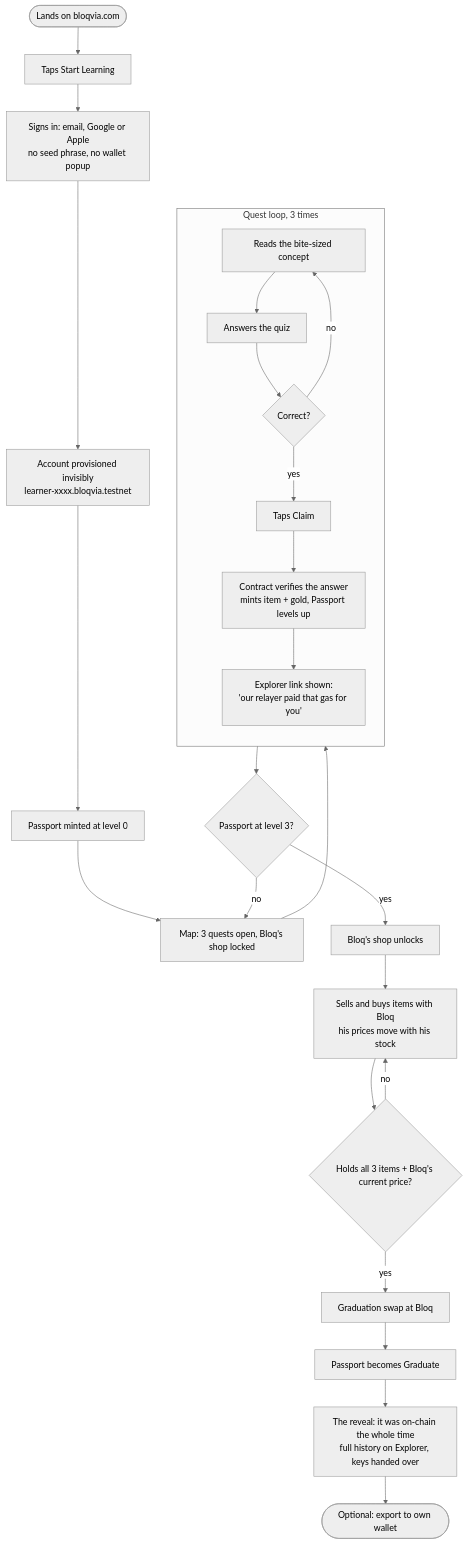
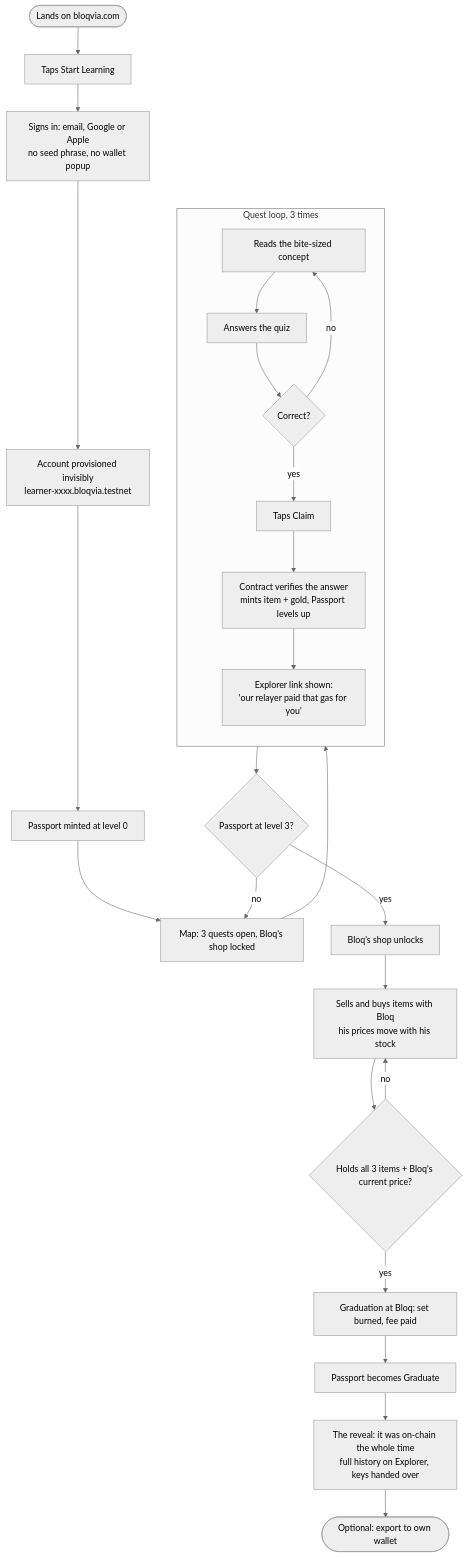
The second of 9 diagrams in docs/FLOWS.md (1AdiTech1/bloqvia), drawn with Mermaid (neutral theme) before and after one commit. The commit also changed other lines of this file and 2 other files, not shown here.

First line of the commit message:
docs: the shipping rule in FLOWS, the contracts README and INTEGRATION

````diff
--- a/docs/FLOWS.md
+++ b/docs/FLOWS.md
@@ -44,30 +44,30 @@
 ```mermaid
 flowchart TD
     A([Lands on bloqvia.com]) --> B[Taps Start Learning]
     B --> C[Signs in: email, Google or Apple<br/>no seed phrase, no wallet popup]
     C --> D[Account provisioned invisibly<br/>learner-xxxx.bloqvia.testnet]
     D --> E[Passport minted at level 0]
     E --> F[Map: 3 quests open, Bloq's shop locked]
 
     subgraph Q[Quest loop, 3 times]
         direction TB
         G[Reads the bite-sized concept] --> H[Answers the quiz]
         H --> I{Correct?}
         I -- no --> G
         I -- yes --> J[Taps Claim]
         J --> K[Contract verifies the answer<br/>mints item + gold, Passport levels up]
         K --> L[Explorer link shown:<br/>'our relayer paid that gas for you']
     end
 
     F --> G
     L --> M{Passport at level 3?}
     M -- no --> F
     M -- yes --> N[Bloq's shop unlocks]
     N --> O[Sells and buys items with Bloq<br/>his prices move with his stock]
     O --> P{Holds all 3 items + Bloq's current price?}
     P -- no --> O
-    P -- yes --> R[Graduation swap at Bloq]
+    P -- yes --> R[Graduation at Bloq: set burned, fee paid]
     R --> S[Passport becomes Graduate]
     S --> T[The reveal: it was on-chain the whole time<br/>full history on Explorer, keys handed over]
     T --> U([Optional: export to own wallet])
 ```
````
